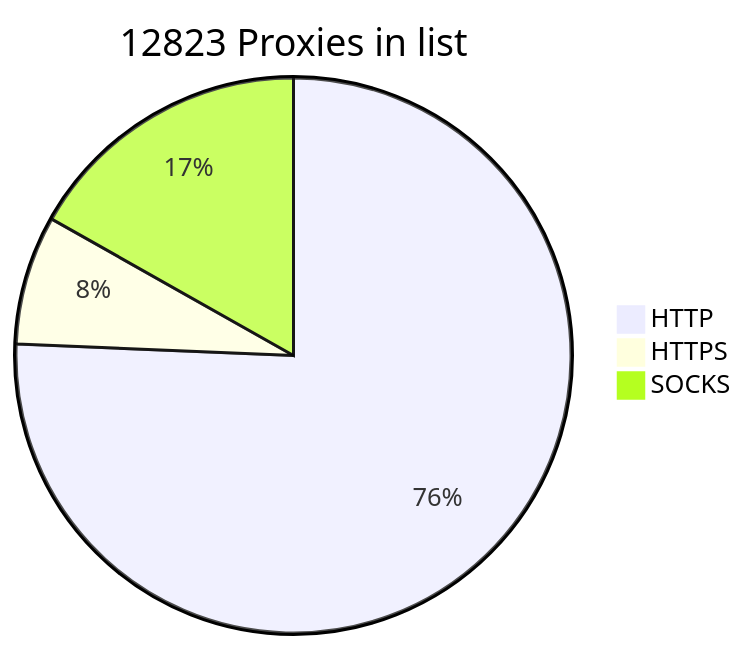
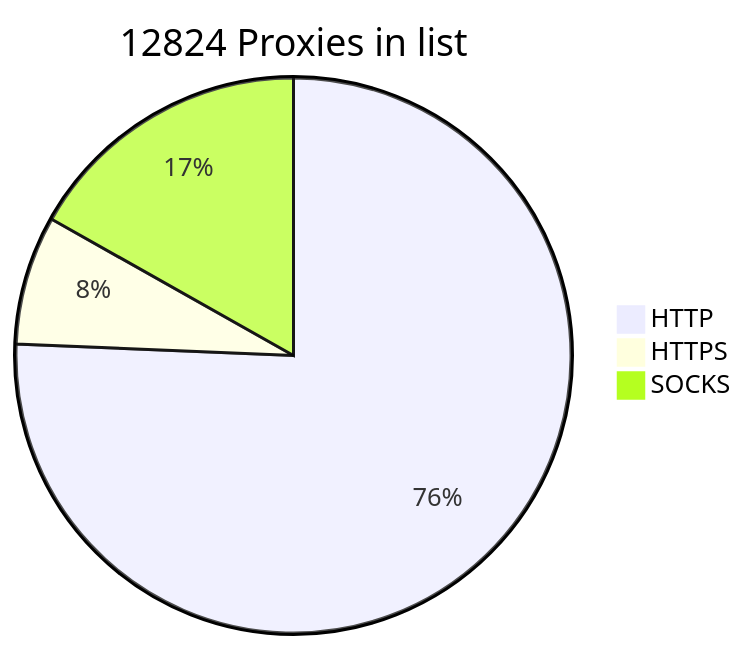
Before and after one commit to BlackSnowDot/proxylist-update-every-minute: the diagram in README.md, drawn with Mermaid.

````diff
--- a/README.md
+++ b/README.md
@@ -2,6 +2,6 @@
 ```mermaid
-pie title 12823 Proxies in list
+pie title 12824 Proxies in list
     "HTTP" : 9878
     "HTTPS": 981
-    "SOCKS" : 2196
+    "SOCKS" : 2197
 ```
````
